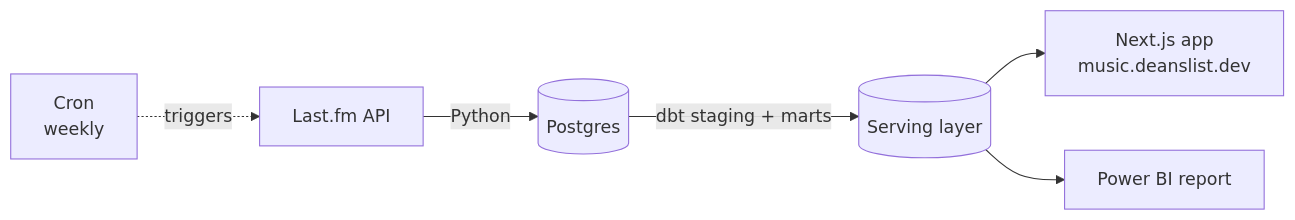
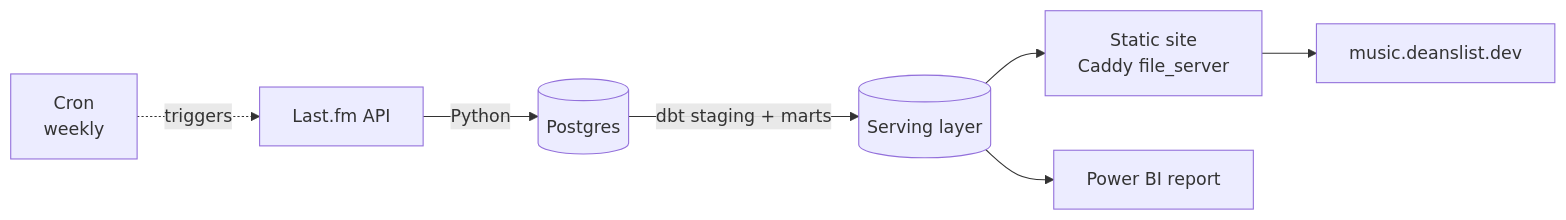
The diagram in README.md (DeanKuhn/music-growth-pipeline), drawn with Mermaid before and after one commit. The commit also changed other lines of this file, not shown here.

````diff
--- a/README.md
+++ b/README.md
@@ -27,8 +27,9 @@
 ```mermaid
 flowchart LR
     A[Last.fm API] -->|Python| B[(Postgres)]
     B -->|dbt staging + marts| C[(Serving layer)]
-    C --> D[Next.js app<br/>music.deanslist.dev]
+    C --> D[Static site<br/>Caddy file_server]
     C --> E[Power BI report]
     F[Cron<br/>weekly] -.triggers.-> A
+    D --> G[music.deanslist.dev]
 ```
````
